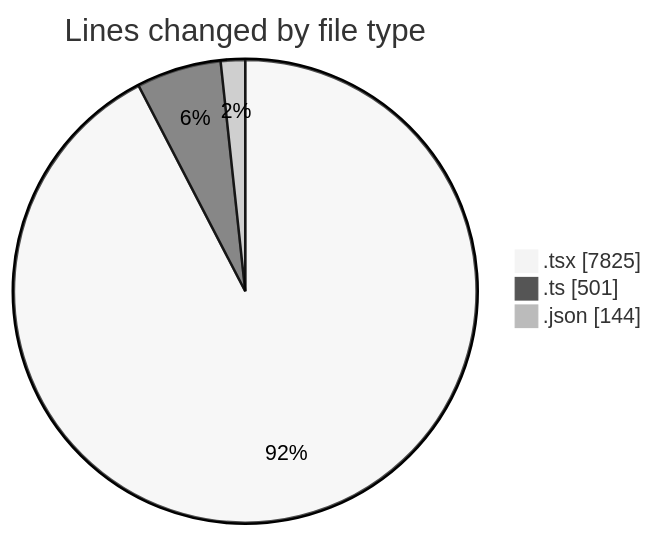
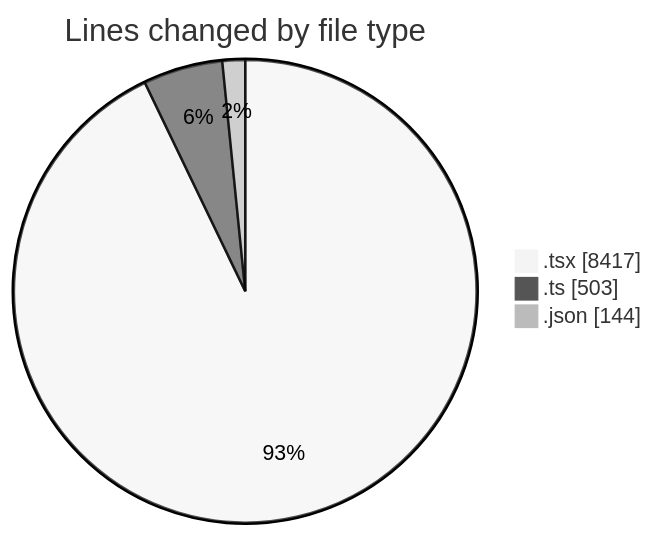
One commit to robertbonfada/code-tracking changed the first of 2 diagrams in 2025-02-18/mbc-web/README.md. Above: the diagram before and after it, drawn with Mermaid (neutral theme). The commit also changed other lines of this file and 1 other file, not shown here.

````diff
--- a/2025-02-18/mbc-web/README.md
+++ b/2025-02-18/mbc-web/README.md
@@ -96,7 +115,7 @@
 ```mermaid
 pie showData
 title Lines changed by file type
-".tsx" : 7825
-".ts" : 501
+".tsx" : 8417
+".ts" : 503
 ".json" : 144
 ```
````
